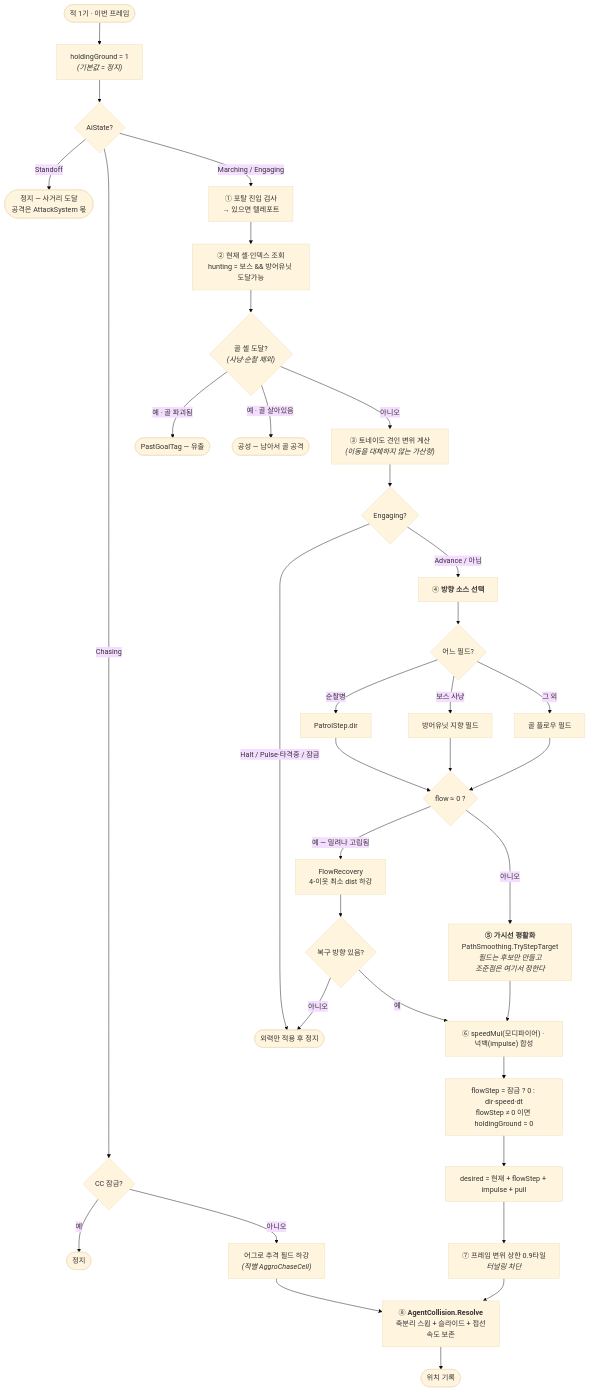
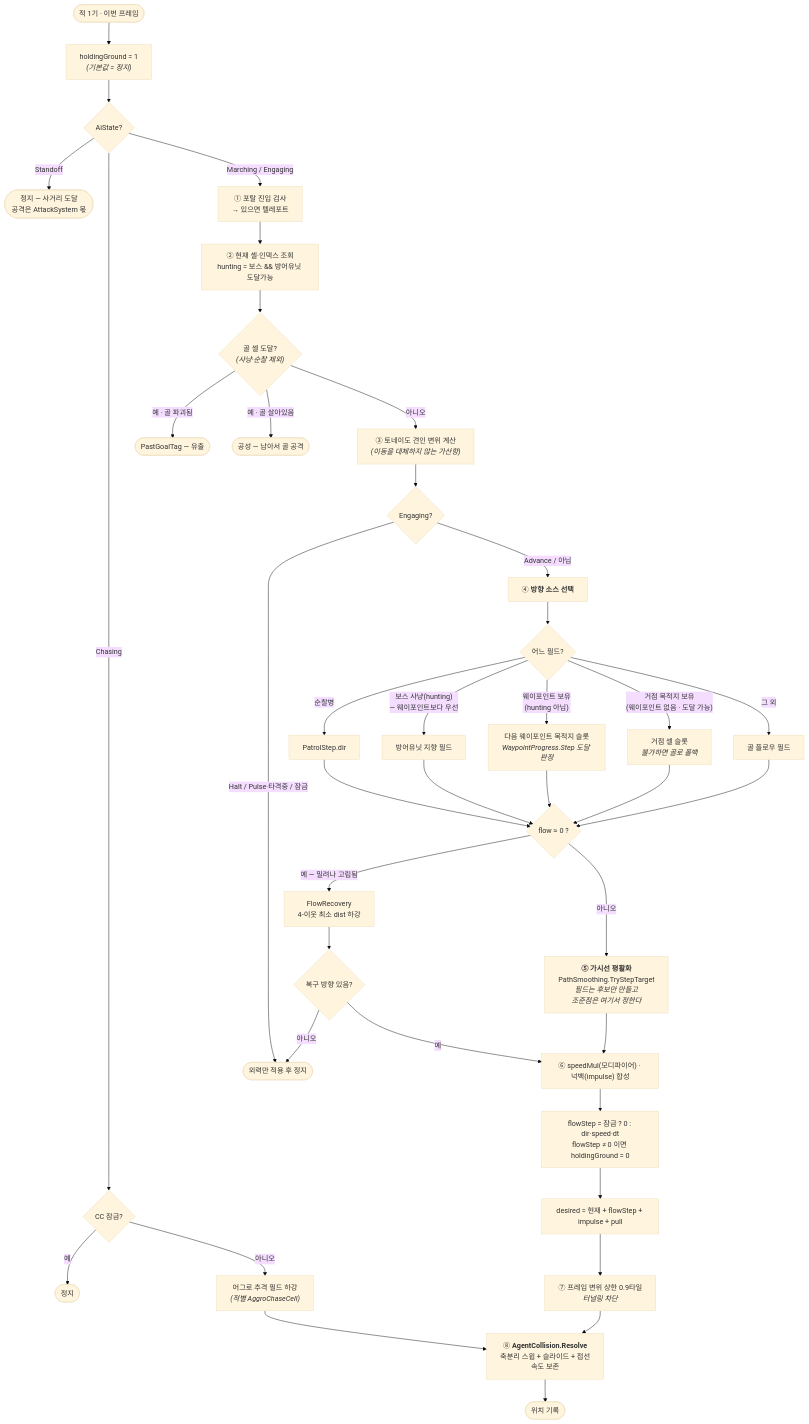
The second of 5 diagrams in docs/reference/enemy-movement-algorithm.md (wasssupman/dreamsquad-demo), drawn with Mermaid (base theme) before and after one commit. The commit also changed other lines of this file, not shown here.

First line of the commit message:
docs(waypoint-routing): 이동 레퍼런스에 경로 선택 축 + 도달 판정 반영

````diff
--- a/docs/reference/enemy-movement-algorithm.md
+++ b/docs/reference/enemy-movement-algorithm.md
@@ -34,45 +34,49 @@
 ```mermaid
 flowchart TD
   S(["적 1기 · 이번 프레임"]) --> HG["holdingGround = 1<br/><i>(기본값 = 정지)</i>"]
   HG --> ST{"AiState?"}
 
   ST -->|Standoff| STOP1(["정지 — 사거리 도달<br/>공격은 AttackSystem 몫"])
 
   ST -->|Chasing| CL{"CC 잠금?"}
   CL -->|예| STOP2(["정지"])
   CL -->|아니오| CH["어그로 추격 필드 하강<br/><i>(적별 AggroChaseCell)</i>"]
   CH --> MOVE
 
   ST -->|"Marching / Engaging"| P1["① 포탈 진입 검사<br/>→ 있으면 텔레포트"]
   P1 --> P2["② 현재 셀·인덱스 조회<br/>hunting = 보스 && 방어유닛 도달가능"]
   P2 --> GOAL{"골 셀 도달?<br/><i>(사냥·순찰 제외)</i>"}
   GOAL -->|"예 · 골 파괴됨"| LEAK(["PastGoalTag — 유출"])
   GOAL -->|"예 · 골 살아있음"| SIEGE(["공성 — 남아서 골 공격"])
   GOAL -->|아니오| P3["③ 토네이도 견인 변위 계산<br/><i>(이동을 대체하지 않는 가산항)</i>"]
 
   P3 --> ENG{"Engaging?"}
   ENG -->|"Halt / Pulse·타격중 / 잠금"| PULL(["외력만 적용 후 정지"])
   ENG -->|"Advance / 아님"| DIR
 
   DIR["④ <b>방향 소스 선택</b>"] --> DS{"어느 필드?"}
   DS -->|순찰병| PS["PatrolStep.dir"]
-  DS -->|보스 사냥| DF["방어유닛 지향 필드"]
+  DS -->|"보스 사냥(hunting)<br/>— 웨이포인트보다 우선"| DF["방어유닛 지향 필드"]
+  DS -->|"웨이포인트 보유<br/>(hunting 아님)"| WP["다음 웨이포인트 목적지 슬롯<br/><i>WaypointProgress.Step 도달 판정</i>"]
+  DS -->|"거점 목적지 보유<br/>(웨이포인트 없음 · 도달 가능)"| SD["거점 셀 슬롯<br/><i>불가하면 골로 폴백</i>"]
   DS -->|그 외| GF["골 플로우 필드"]
 
   PS --> ZF
   DF --> ZF
+  WP --> ZF
+  SD --> ZF
   GF --> ZF
   ZF{"flow ≈ 0 ?"}
   ZF -->|"예 — 밀려나 고립됨"| REC["FlowRecovery<br/>4-이웃 최소 dist 하강"]
   REC --> REC2{"복구 방향 있음?"}
   REC2 -->|아니오| PULL
   REC2 -->|예| SPEED
   ZF -->|아니오| SMOOTH["<b>⑤ 가시선 평활화</b><br/>PathSmoothing.TryStepTarget<br/><i>필드는 후보만 만들고<br/>조준점은 여기서 정한다</i>"]
   SMOOTH --> SPEED
 
   SPEED["⑥ speedMul(모디파이어) · 넉백(impulse) 합성"] --> STEP["flowStep = 잠금 ? 0 : dir·speed·dt<br/>flowStep ≠ 0 이면 holdingGround = 0"]
   STEP --> SUM["desired = 현재 + flowStep + impulse + pull"]
   SUM --> CLAMP["⑦ 프레임 변위 상한 0.9타일<br/><i>터널링 차단</i>"]
   CLAMP --> MOVE["⑧ <b>AgentCollision.Resolve</b><br/>축분리 스윕 + 슬라이드 + 접선속도 보존"]
   MOVE --> W(["위치 기록"])
 ```
````
